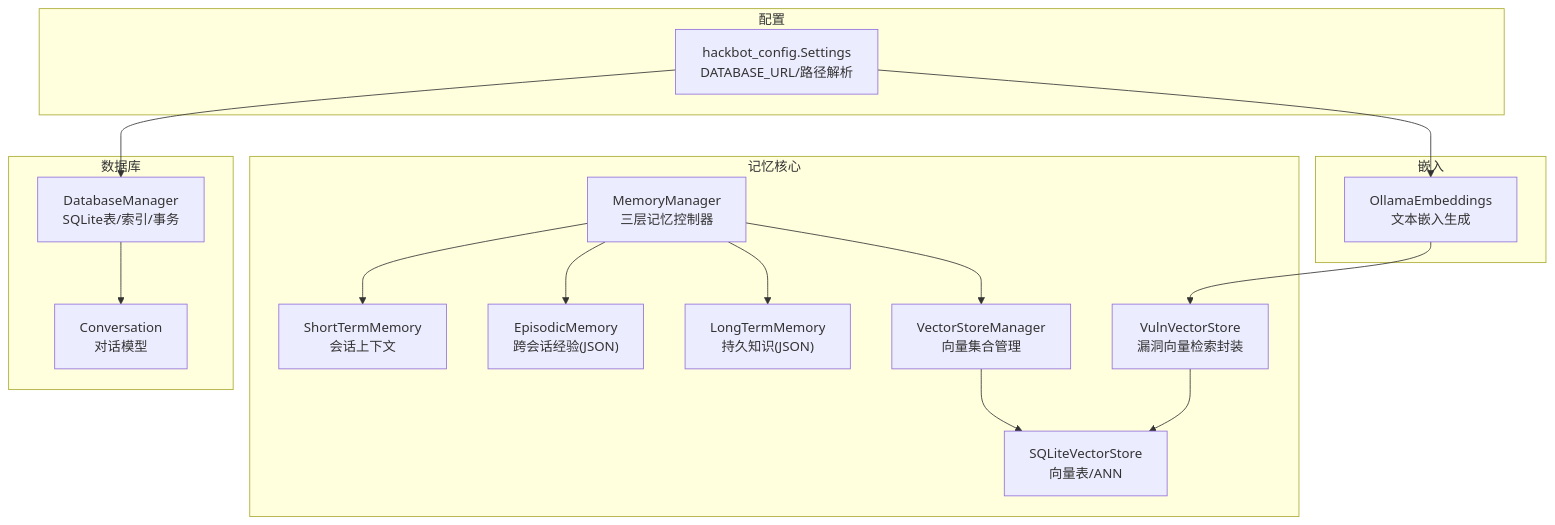
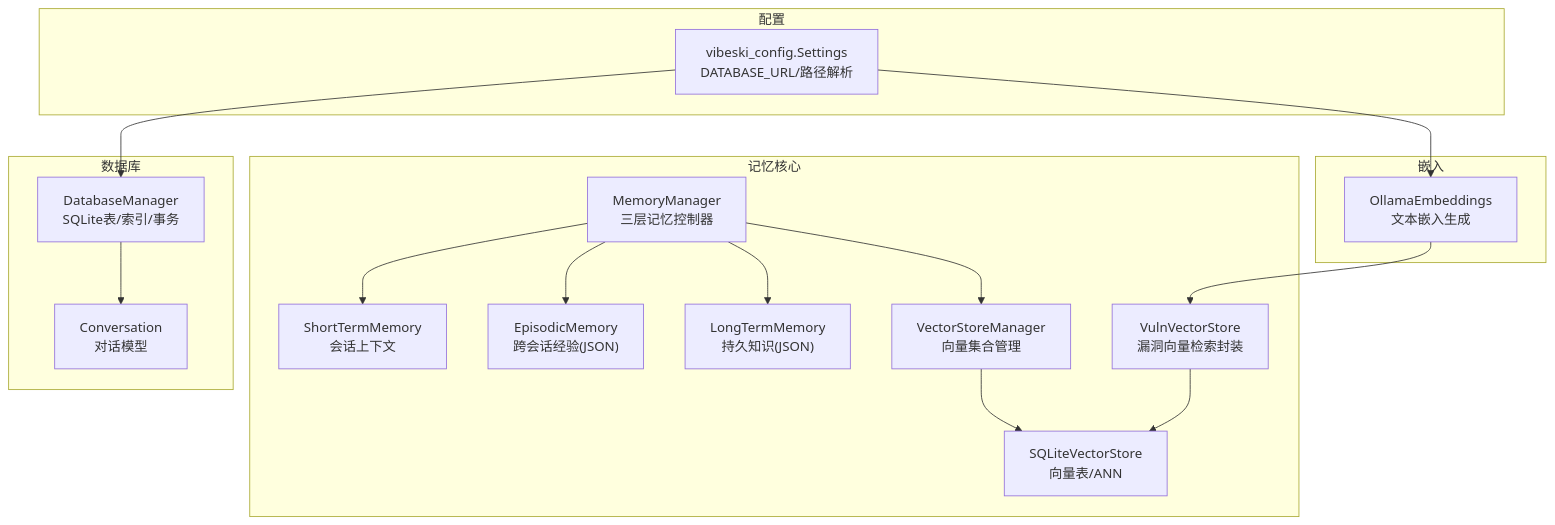
Before and after one commit to crabin/VIBESKI: the first of 7 diagrams in .qoder/repowiki/zh/content/技能与记忆系统/记忆管理系统/记忆管理系统.md, drawn with Mermaid. The commit also changed other lines of this file and 170 other files, not shown here.

Commit message:
chore: rename all secbot/hackbot identifiers to vibeski

````diff
--- a/.qoder/repowiki/zh/content/技能与记忆系统/记忆管理系统/记忆管理系统.md
+++ b/.qoder/repowiki/zh/content/技能与记忆系统/记忆管理系统/记忆管理系统.md
@@ -47,32 +47,32 @@
 ```mermaid
 graph TB
 subgraph "记忆核心"
 MM["MemoryManager<br/>三层记忆控制器"]
 STM["ShortTermMemory<br/>会话上下文"]
 EPI["EpisodicMemory<br/>跨会话经验(JSON)"]
 LTM["LongTermMemory<br/>持久知识(JSON)"]
 VSM["VectorStoreManager<br/>向量集合管理"]
 SVS["SQLiteVectorStore<br/>向量表/ANN"]
 VVS["VulnVectorStore<br/>漏洞向量检索封装"]
 end
 subgraph "数据库"
 DBM["DatabaseManager<br/>SQLite表/索引/事务"]
 CM["Conversation<br/>对话模型"]
 end
 subgraph "嵌入"
 OLL["OllamaEmbeddings<br/>文本嵌入生成"]
 end
 subgraph "配置"
-CFG["hackbot_config.Settings<br/>DATABASE_URL/路径解析"]
+CFG["vibeski_config.Settings<br/>DATABASE_URL/路径解析"]
 end
 MM --> STM
 MM --> EPI
 MM --> LTM
 MM --> VSM
 VSM --> SVS
 VVS --> SVS
 DBM --> CM
 OLL --> VVS
 CFG --> DBM
 CFG --> OLL
 ```
````
